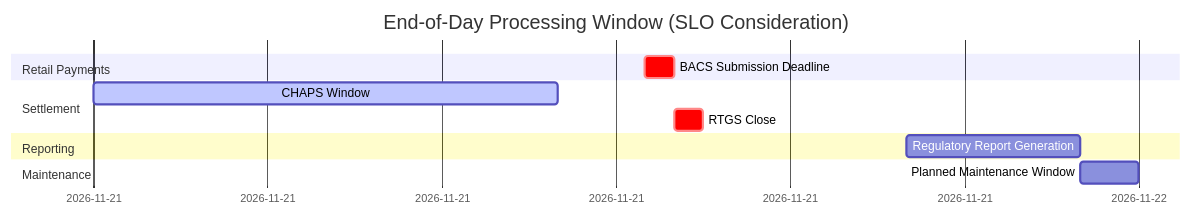
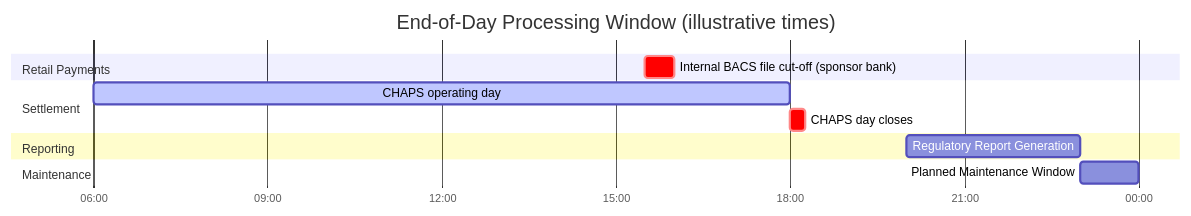
Before and after one commit to mostafasroor1983/fintech-engineering-mastery: the diagram in docs/content/tracks/track-06-reliability/lesson-01-slo-error-budgets/index.md, drawn with Mermaid. The commit also changed other lines of this file and 345 other files, not shown here.

````diff
--- a/docs/content/tracks/track-06-reliability/lesson-01-slo-error-budgets/index.md
+++ b/docs/content/tracks/track-06-reliability/lesson-01-slo-error-budgets/index.md
@@ -229,17 +239,18 @@
 ```mermaid
 gantt
-    title End-of-Day Processing Window (SLO Consideration)
+    title End-of-Day Processing Window (illustrative times)
     dateFormat  HH:mm
+    axisFormat  %H:%M
     section Retail Payments
-    BACS Submission Deadline    :crit, 15:30, 30m
-    
+    Internal BACS file cut-off (sponsor bank) :crit, 15:30, 30m
+
     section Settlement
-    CHAPS Window                :active, 06:00, 480m
-    RTGS Close                  :crit, 16:00, 30m
-    
+    CHAPS operating day          :active, 06:00, 720m
+    CHAPS day closes             :crit, 18:00, 15m
+
     section Reporting
     Regulatory Report Generation :20:00, 180m
-    
+
     section Maintenance
     Planned Maintenance Window   :23:00, 60m
 ```
````
